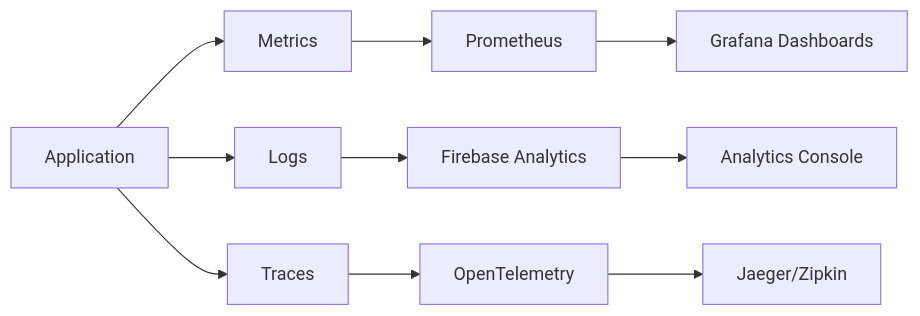
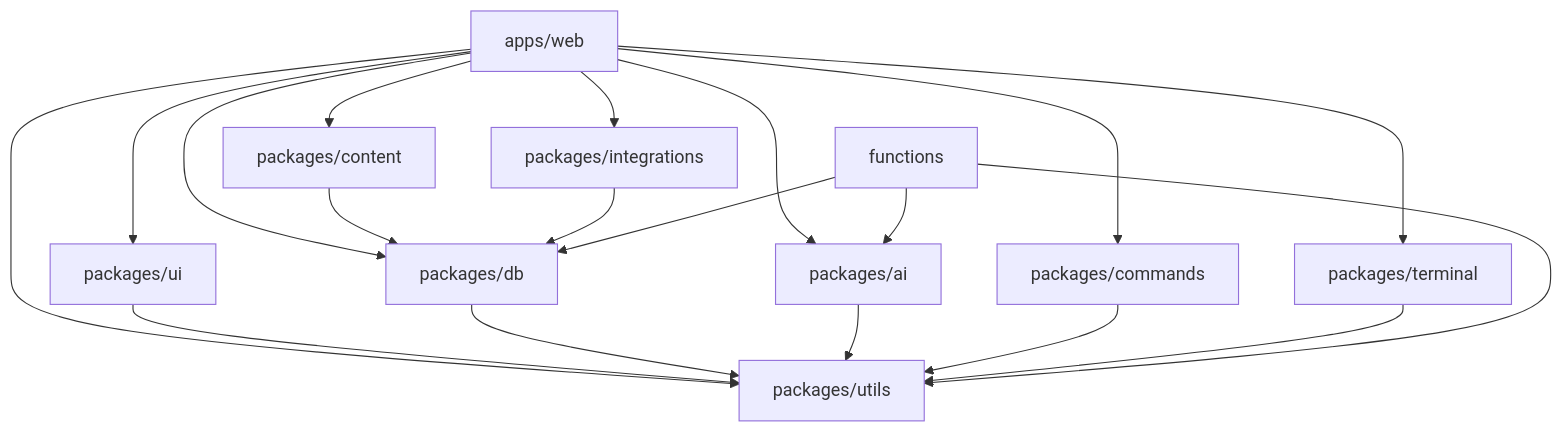
Before and after one commit to hankthebldr/cortex-dc-web: the second of 3 diagrams in README.md, drawn with Mermaid. The commit also changed other lines of this file, not shown here.

````diff
--- a/README.md
+++ b/README.md
@@ -756,12 +783,23 @@
 ```mermaid
-graph LR
-    A[Application] --> B[Metrics]
-    A --> C[Logs]
-    A --> D[Traces]
-    B --> E[Prometheus]
-    C --> F[Firebase Analytics]
-    D --> G[OpenTelemetry]
-    E --> H[Grafana Dashboards]
-    F --> I[Analytics Console]
-    G --> J[Jaeger/Zipkin]
+graph TD
+    A[apps/web] --> B[packages/db]
+    A --> C[packages/ai]
+    A --> D[packages/ui]
+    A --> E[packages/commands]
+    A --> F[packages/content]
+    A --> G[packages/integrations]
+    A --> H[packages/terminal]
+    A --> I[packages/utils]
+
+    D --> I
+    B --> I
+    C --> I
+    E --> I
+    F --> B
+    G --> B
+    H --> I
+
+    J[functions] --> B
+    J --> C
+    J --> I
 ```
````
